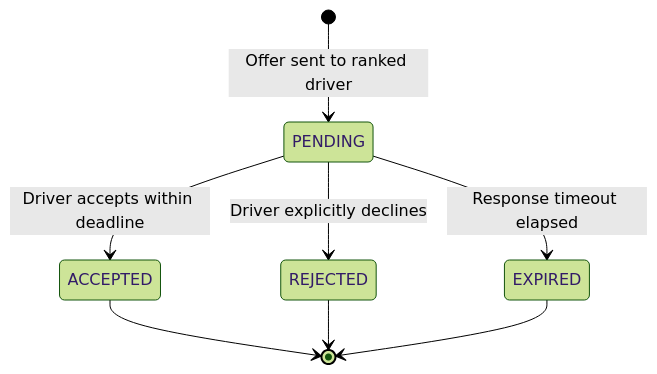
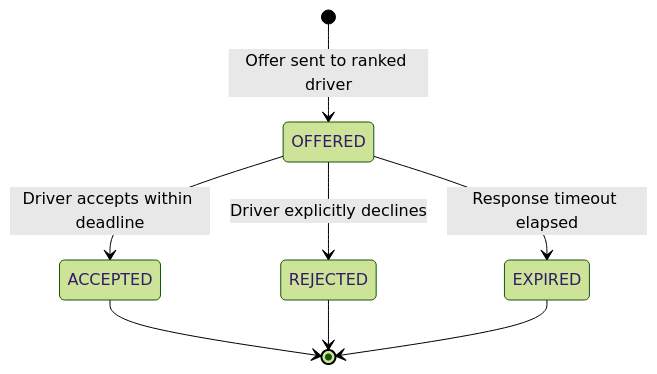
Before and after one commit to aakash-kr-7/sla-aware-ride-batching: the fifth of 5 diagrams in docs/domain-model.md, drawn with Mermaid (forest theme). The commit also changed other lines of this file and 9 other files, not shown here.

Commit message:
implement driver offer acceptance and booking cancellation constr

````diff
--- a/docs/domain-model.md
+++ b/docs/domain-model.md
@@ -315,12 +379,12 @@
 ```mermaid
 stateDiagram-v2
-    [*] --> PENDING : Offer sent to ranked driver
+    [*] --> OFFERED : Offer sent to ranked driver
     
-    PENDING --> ACCEPTED : Driver accepts within deadline
-    PENDING --> REJECTED : Driver explicitly declines
-    PENDING --> EXPIRED : Response timeout elapsed
+    OFFERED --> ACCEPTED : Driver accepts within deadline
+    OFFERED --> REJECTED : Driver explicitly declines
+    OFFERED --> EXPIRED : Response timeout elapsed
     
     ACCEPTED --> [*]
     REJECTED --> [*]
     EXPIRED --> [*]
 ```
````
